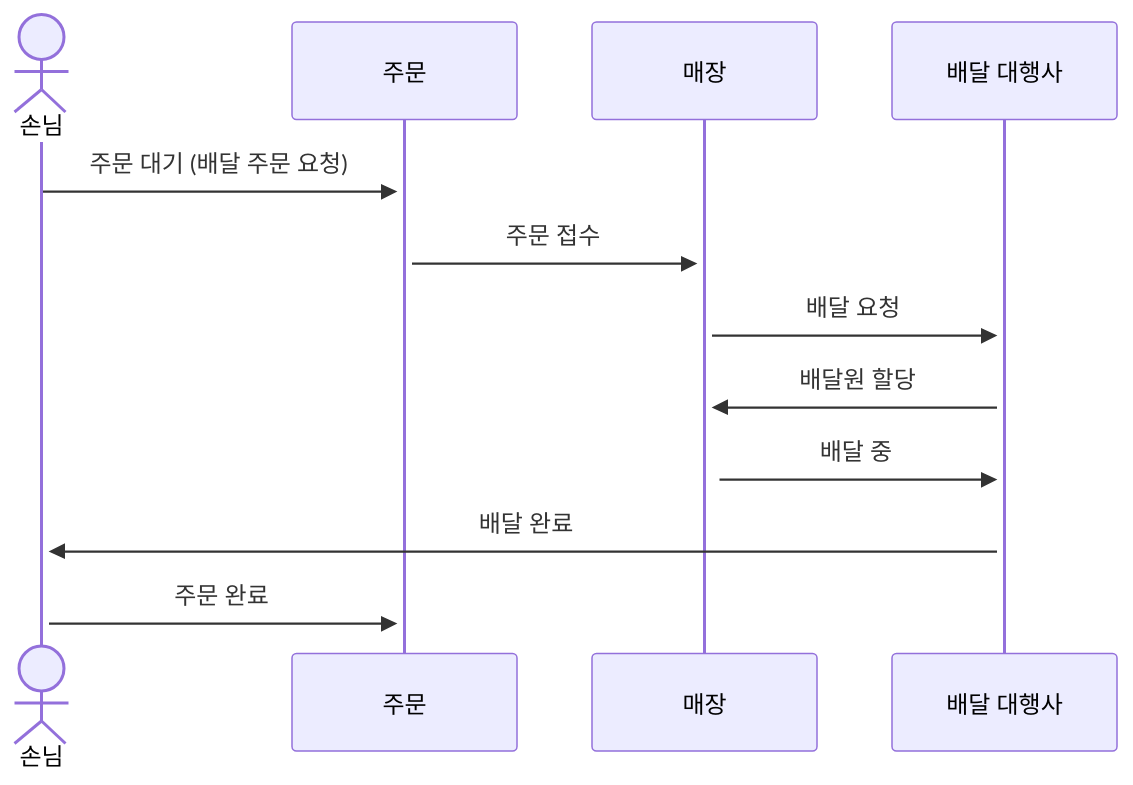
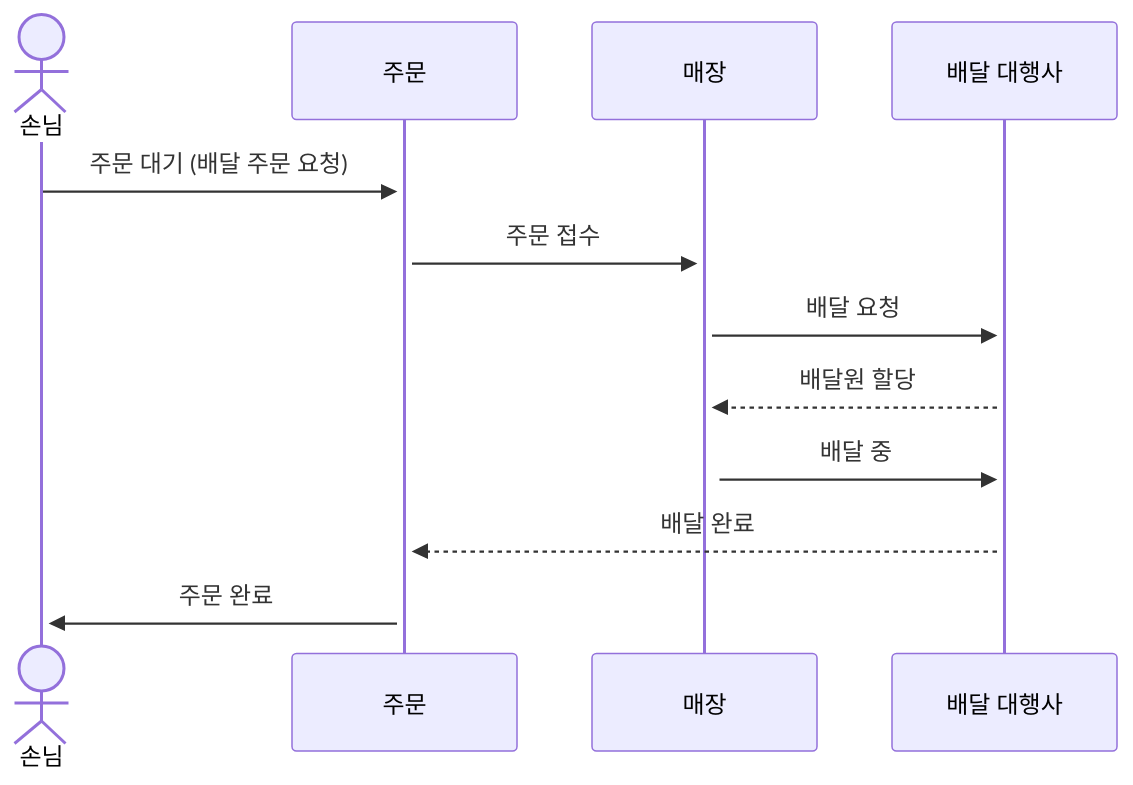
Before and after one commit to next-step/ddd-strategic-design: the fourth of 6 diagrams in README.md, drawn with Mermaid. The commit also changed other lines of this file, not shown here.

Commit message:
docs: 주문 다이어그램 변경

````diff
--- a/README.md
+++ b/README.md
@@ -344,16 +344,16 @@
 ```mermaid
 %% Sequence Diagram: 배달 주문 프로세스
 sequenceDiagram
     actor 손님
     participant 주문
     participant 매장
     participant 배달 대행사
 
     손님->>+주문: 주문 대기 (배달 주문 요청)
     주문->>+매장: 주문 접수
     매장->>+배달 대행사: 배달 요청
-    배달 대행사->>+매장: 배달원 할당
+    배달 대행사-->>+매장: 배달원 할당
     매장->>+배달 대행사: 배달 중
-    배달 대행사->>+손님: 배달 완료
-    손님->>+주문: 주문 완료
+    배달 대행사-->>+주문: 배달 완료
+    주문->>+손님: 주문 완료
 ```
````
